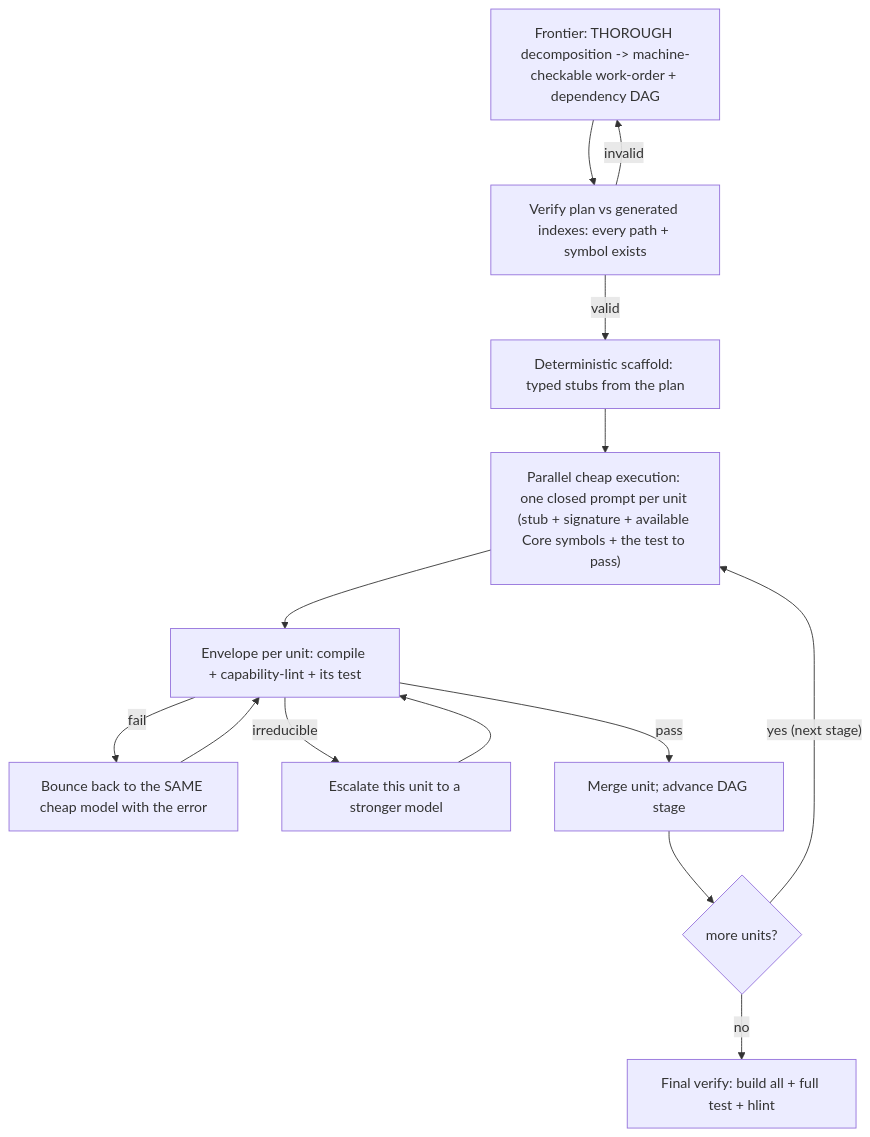
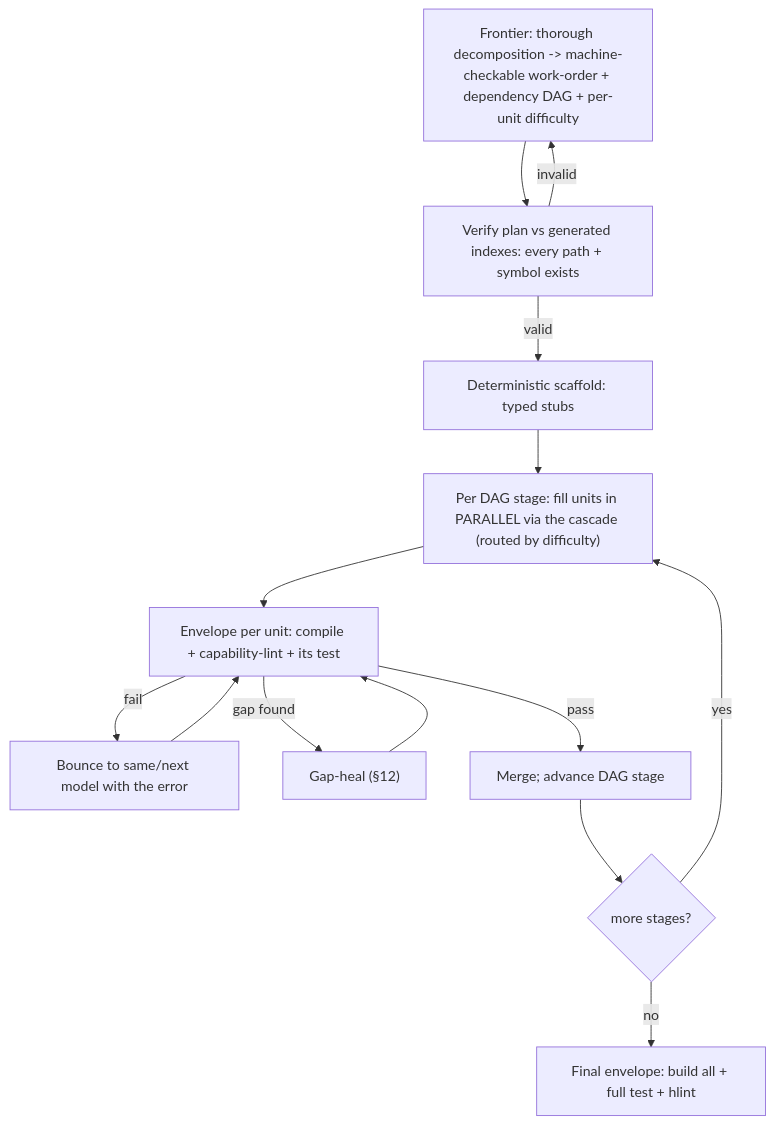
One commit to neohaskell/NeoHaskell changed the third of 4 diagrams in docs/plans/2026-07-03-deterministic-pipelines-design.md. Above: the diagram before and after it, drawn with Mermaid. The commit also changed other lines of this file, not shown here.

First line of the commit message:
docs: v2 design — restructure around `neo`, add fill-in cascade + purity model

````diff
--- a/docs/plans/2026-07-03-deterministic-pipelines-design.md
+++ b/docs/plans/2026-07-03-deterministic-pipelines-design.md
@@ -363,16 +235,16 @@
 ```mermaid
 flowchart TD
-    P["Frontier: THOROUGH decomposition -> machine-checkable work-order + dependency DAG"] --> V["Verify plan vs generated indexes: every path + symbol exists"]
+    P["Frontier: thorough decomposition -> machine-checkable work-order + dependency DAG + per-unit difficulty"] --> V["Verify plan vs generated indexes: every path + symbol exists"]
     V -->|"invalid"| P
-    V -->|"valid"| S["Deterministic scaffold: typed stubs from the plan"]
-    S --> X["Parallel cheap execution: one closed prompt per unit (stub + signature + available Core symbols + the test to pass)"]
+    V -->|"valid"| S["Deterministic scaffold: typed stubs"]
+    S --> X["Per DAG stage: fill units in PARALLEL via the cascade (routed by difficulty)"]
     X --> E["Envelope per unit: compile + capability-lint + its test"]
-    E -->|"fail"| R["Bounce back to the SAME cheap model with the error"]
+    E -->|"fail"| R["Bounce to same/next model with the error"]
     R --> E
-    E -->|"irreducible"| Z["Escalate this unit to a stronger model"]
-    Z --> E
-    E -->|"pass"| M["Merge unit; advance DAG stage"]
-    M --> D{"more units?"}
-    D -->|"yes (next stage)"| X
-    D -->|"no"| Q["Final verify: build all + full test + hlint"]
+    E -->|"gap found"| G["Gap-heal (§12)"]
+    G --> E
+    E -->|"pass"| M["Merge; advance DAG stage"]
+    M --> D{"more stages?"}
+    D -->|"yes"| X
+    D -->|"no"| Q["Final envelope: build all + full test + hlint"]
 ```
````
